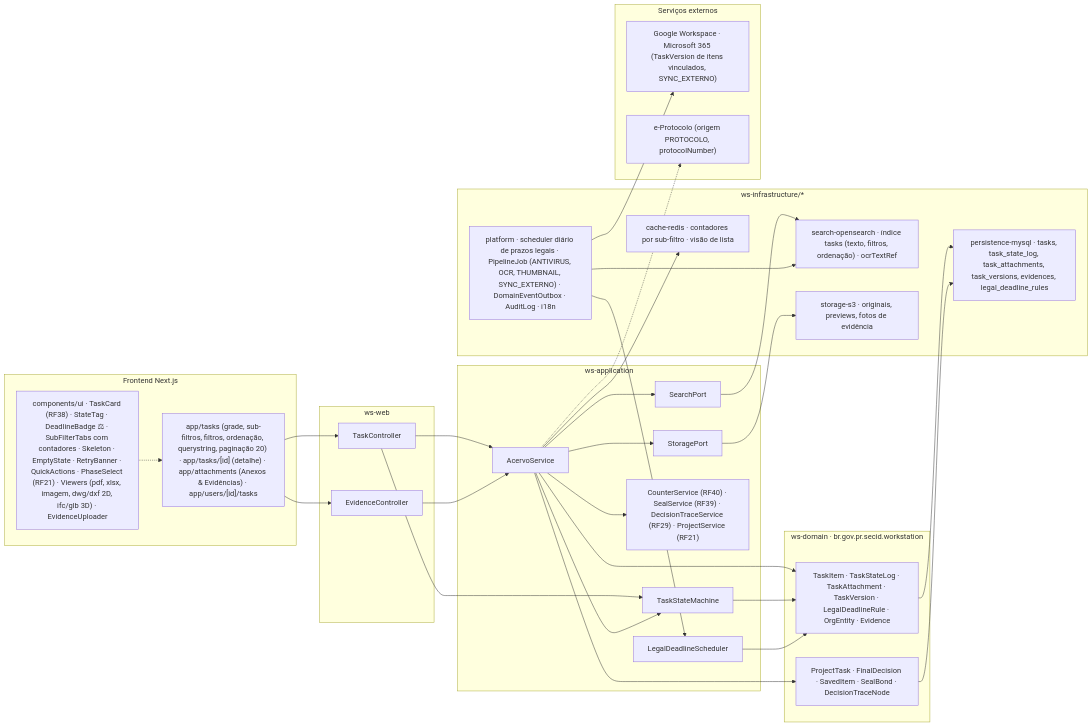
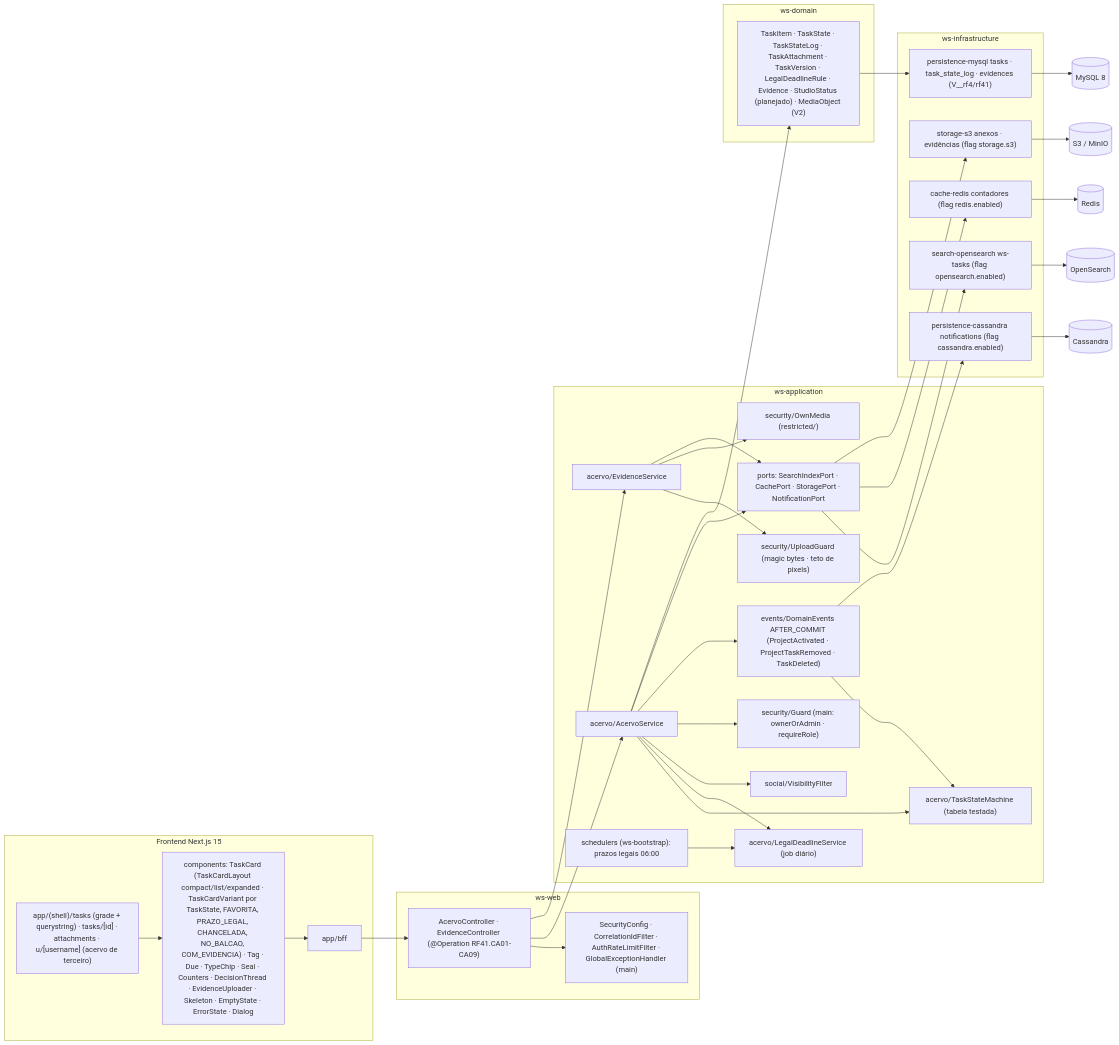
Before and after one commit to MatheusHaliski/Decia-app-2026: the fifth of 5 diagrams in docs/diagramas/RF41/README.md, drawn with Mermaid. The commit also changed other lines of this file and 2 other files, not shown here.

First line of the commit message:
docs(diagramas): reescreve RF39–RF41 (chancelas e benefícios, Balcão de Modelos, Acervo de Tarefas)

````diff
--- a/docs/diagramas/RF41/README.md
+++ b/docs/diagramas/RF41/README.md
@@ -561,63 +466,55 @@
 ```mermaid
 flowchart LR
-  subgraph FE["Frontend Next.js"]
-    FE1["app/tasks (grade, sub-filtros, filtros, ordenação, querystring, paginação 20) · app/tasks/[id] (detalhe) · app/attachments (Anexos & Evidências) · app/users/[id]/tasks"]
-    FE2["components/ui · TaskCard (RF38) · StateTag · DeadlineBadge ⚖ · SubFilterTabs com contadores · Skeleton · EmptyState · RetryBanner · QuickActions · PhaseSelect (RF21) · Viewers (pdf, xlsx, imagem, dwg/dxf 2D, ifc/glb 3D) · EvidenceUploader"]
+  subgraph FRONT["Frontend Next.js 15"]
+    R1["app/(shell)/tasks (grade + querystring) · tasks/[id] · attachments · u/[username] (acervo de terceiro)"]
+    R2["components: TaskCard (TaskCardLayout compact/list/expanded · TaskCardVariant por TaskState, FAVORITA, PRAZO_LEGAL, CHANCELADA, NO_BALCAO, COM_EVIDENCIA) · Tag · Due · TypeChip · Seal · Counters · DecisionThread · EvidenceUploader · Skeleton · EmptyState · ErrorState · Dialog"]
+    BFF["app/bff"]
+    R1 --> R2 --> BFF
   end
-
   subgraph WEB["ws-web"]
-    C1["TaskController"]
-    C2["EvidenceController"]
+    AC["AcervoController · EvidenceController (@Operation RF41.CA01-CA09)"]
+    SEC["SecurityConfig · CorrelationIdFilter · AuthRateLimitFilter · GlobalExceptionHandler (main)"]
   end
-
-  subgraph APP["ws-application"]
-    S1["AcervoService"]
-    S2["TaskStateMachine"]
-    S3["LegalDeadlineScheduler"]
-    S4["CounterService (RF40) · SealService (RF39) · DecisionTraceService (RF29) · ProjectService (RF21)"]
-    P1["SearchPort"]
-    P2["StoragePort"]
+  subgraph APPL["ws-application"]
+    AS["acervo/AcervoService"]
+    TSM["acervo/TaskStateMachine (tabela testada)"]
+    LDS["acervo/LegalDeadlineService (job diário)"]
+    ES["acervo/EvidenceService"]
+    VF["social/VisibilityFilter"]
+    GD["security/Guard (main: ownerOrAdmin · requireRole)"]
+    OM["security/OwnMedia (restricted/)"]
+    UG["security/UploadGuard (magic bytes · teto de pixels)"]
+    DE["events/DomainEvents AFTER_COMMIT (ProjectActivated · ProjectTaskRemoved · TaskDeleted)"]
+    PORTS["ports: SearchIndexPort · CachePort · StoragePort · NotificationPort"]
+    SCH["schedulers (ws-bootstrap): prazos legais 06:00"]
   end
-
-  subgraph DOM["ws-domain · br.gov.pr.secid.workstation"]
-    D1["TaskItem · TaskStateLog · TaskAttachment · TaskVersion · LegalDeadlineRule · OrgEntity · Evidence"]
-    D2["ProjectTask · FinalDecision · SavedItem · SealBond · DecisionTraceNode"]
+  subgraph DOM["ws-domain"]
+    ENT["TaskItem · TaskState · TaskStateLog · TaskAttachment · TaskVersion · LegalDeadlineRule · Evidence · StudioStatus (planejado) · MediaObject (V2)"]
   end
-
-  subgraph INFRA["ws-infrastructure/*"]
-    I1["persistence-mysql · tasks, task_state_log, task_attachments, task_versions, evidences, legal_deadline_rules"]
-    I2["search-opensearch · índice tasks (texto, filtros, ordenação) · ocrTextRef"]
-    I3["cache-redis · contadores por sub-filtro · visão de lista"]
-    I4["storage-s3 · originais, previews, fotos de evidência"]
-    I5["platform · scheduler diário de prazos legais · PipelineJob (ANTIVIRUS, OCR, THUMBNAIL, SYNC_EXTERNO) · DomainEventOutbox · AuditLog · i18n"]
+  subgraph INFRA["ws-infrastructure"]
+    MY["persistence-mysql tasks · task_state_log · evidences (V__rf4/rf41)"]
+    OSA["search-opensearch ws-tasks (flag opensearch.enabled)"]
+    RD["cache-redis contadores (flag redis.enabled)"]
+    S3A["storage-s3 anexos · evidências (flag storage.s3)"]
+    CASA["persistence-cassandra notifications (flag cassandra.enabled)"]
   end
-
-  subgraph EXT["Serviços externos"]
-    X1["Google Workspace · Microsoft 365 (TaskVersion de itens vinculados, SYNC_EXTERNO)"]
-    X2["e-Protocolo (origem PROTOCOLO, protocolNumber)"]
-  end
-
-  FE1 --> C1
-  FE1 --> C2
-  FE2 -.-> FE1
-  C1 --> S1
-  C1 --> S2
-  C2 --> S1
-  S1 --> S2
-  S1 --> S4
-  S1 --> P1
-  S1 --> P2
-  S1 --> D1
-  S1 --> D2
-  S2 --> D1
-  S3 --> D1
-  D1 --> I1
-  D2 --> I1
-  P1 --> I2
-  P2 --> I4
-  S1 --> I3
-  I5 --> S3
-  I5 --> I2
-  I5 --> X1
-  S1 -.-> X2
+  BFF --> AC --> SEC
+  AC --> AS
+  AC --> ES
+  AS --> TSM
+  AS --> LDS
+  AS --> VF
+  AS --> GD
+  AS --> DE
+  AS --> PORTS
+  ES --> UG
+  ES --> OM
+  ES --> PORTS
+  DE --> TSM
+  SCH --> LDS
+  AS --> ENT --> MY --> MYSQL[("MySQL 8")]
+  PORTS --> OSA --> OPENS[("OpenSearch")]
+  PORTS --> RD --> REDIS[("Redis")]
+  PORTS --> S3A --> S3[("S3 / MinIO")]
+  DE --> CASA --> CASS[("Cassandra")]
 ```
````
